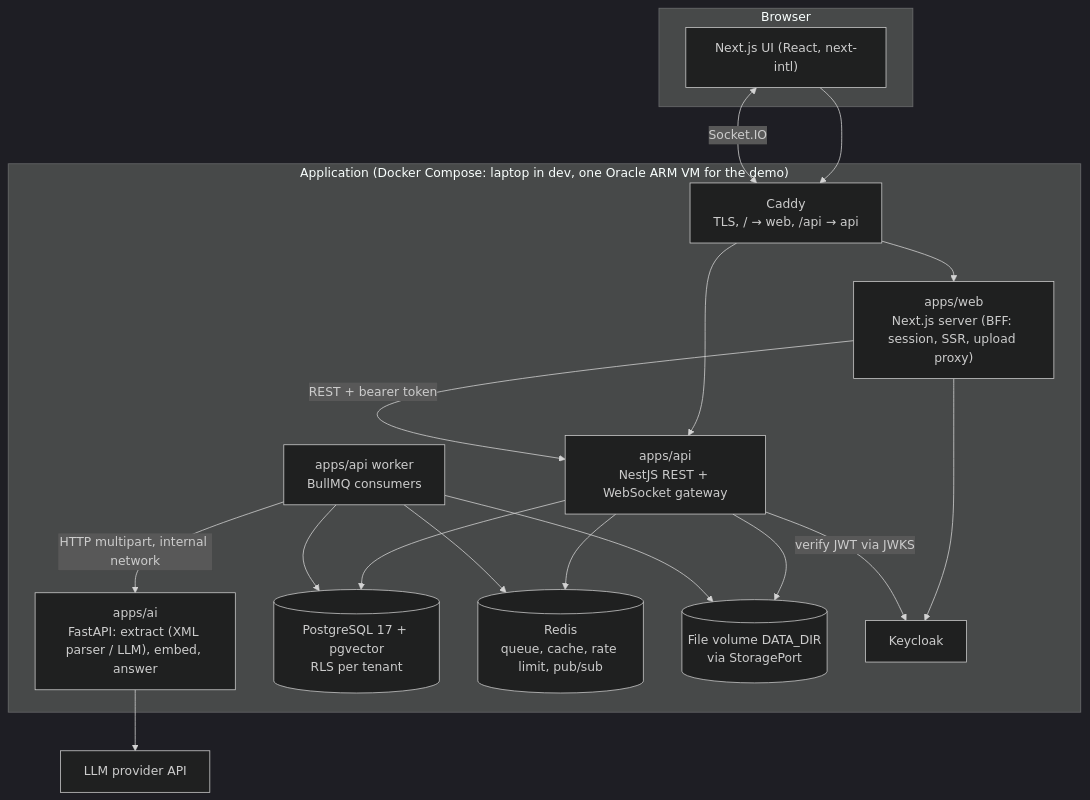
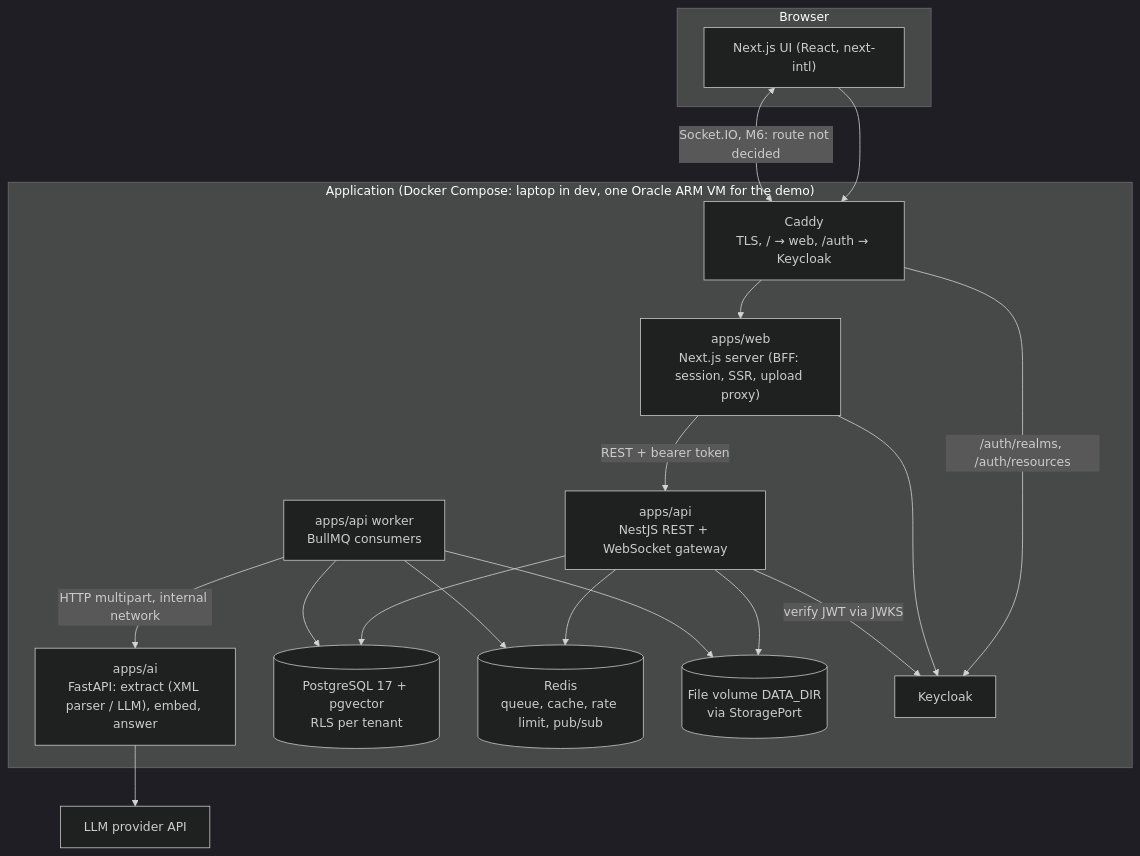
The second of 4 diagrams in docs/architecture/ARCHITECTURE.md (conghau113/invoice-intelligence-platform), drawn with Mermaid (dark theme) before and after one commit. The commit also changed other lines of this file and 48 other files, not shown here.

````diff
--- a/docs/architecture/ARCHITECTURE.md
+++ b/docs/architecture/ARCHITECTURE.md
@@ -32,33 +32,33 @@
 ```mermaid
 flowchart TB
   subgraph browser["Browser"]
     web_ui["Next.js UI (React, next-intl)"]
   end
   subgraph app["Application (Docker Compose: laptop in dev, one Oracle ARM VM for the demo)"]
-    caddy["Caddy<br/>TLS, / → web, /api → api"]
+    caddy["Caddy<br/>TLS, / → web, /auth → Keycloak"]
     web["apps/web<br/>Next.js server (BFF: session, SSR, upload proxy)"]
     api["apps/api<br/>NestJS REST + WebSocket gateway"]
     worker["apps/api worker<br/>BullMQ consumers"]
     ai["apps/ai<br/>FastAPI: extract (XML parser / LLM), embed, answer"]
     pg[("PostgreSQL 17 + pgvector<br/>RLS per tenant")]
     redis[("Redis<br/>queue, cache, rate limit, pub/sub")]
     files[("File volume DATA_DIR<br/>via StoragePort")]
     kc["Keycloak"]
   end
   llm["LLM provider API"]
   web_ui --> caddy
   caddy --> web
-  caddy --> api
-  web_ui <-->|Socket.IO| caddy
+  caddy -->|/auth/realms, /auth/resources| kc
+  web_ui <-->|Socket.IO, M6: route not decided| caddy
   web -->|REST + bearer token| api
   web --> kc
   api --> pg
   api --> redis
   api --> files
   api -->|verify JWT via JWKS| kc
   worker --> redis
   worker --> pg
   worker --> files
   worker -->|HTTP multipart, internal network| ai
   ai --> llm
 ```
````
